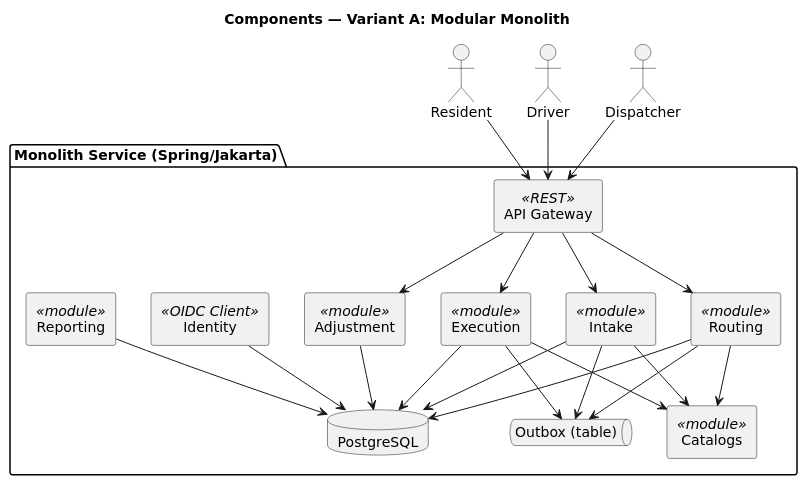
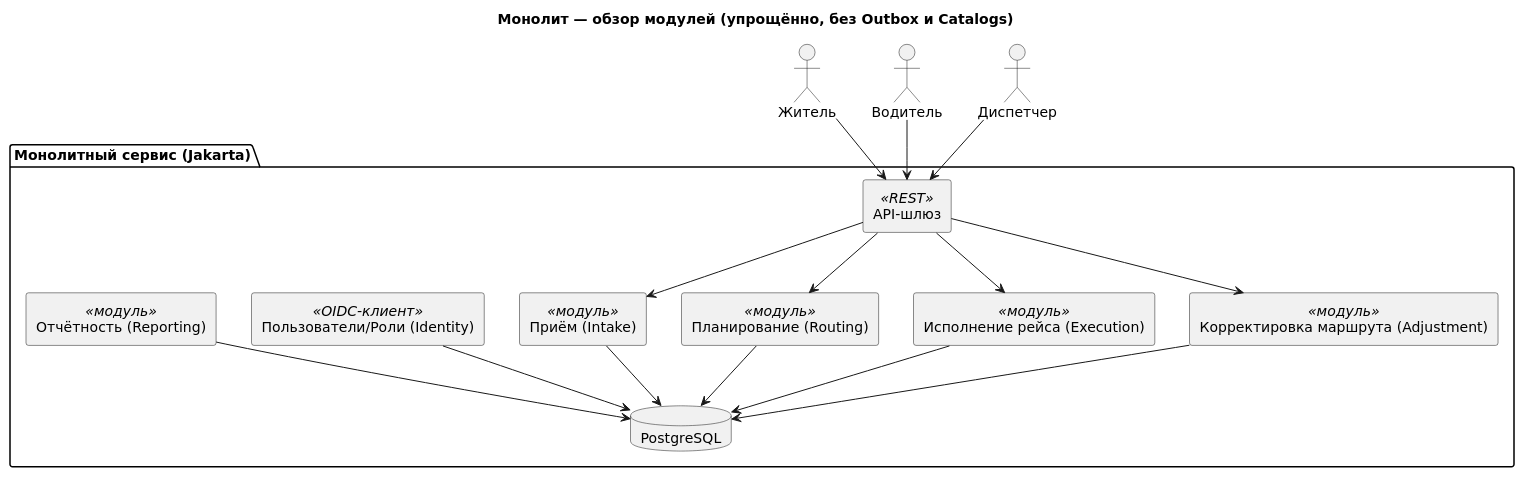
The diagram in docs/uml/arcitecture.puml (r4m63/Waste-Management), drawn with PlantUML before and after one commit. The commit also changed 1 other file, not shown here.

```diff
--- a/docs/uml/arcitecture.puml
+++ b/docs/uml/arcitecture.puml
@@ -1,44 +1,36 @@
 @startuml
-title Components — Variant A: Modular Monolith
+title Монолит — обзор модулей (упрощённо, без Outbox и Catalogs)
 skinparam componentStyle rectangle
 skinparam defaultFontName "DejaVu Sans"
 
-actor Resident
-actor Driver
-actor Dispatcher
+actor "Житель" as Resident
+actor "Водитель" as Driver
+actor "Диспетчер" as Dispatcher
 
-package "Monolith Service (Spring/Jakarta)" {
-  [API Gateway] <<REST>>
-  [Intake] <<module>>
-  [Routing] <<module>>
-  [Execution] <<module>>
-  [Adjustment] <<module>>
-  [Catalogs] <<module>>
-  [Identity] <<OIDC Client>>
-  [Reporting] <<module>>
+package "Монолитный сервис (Jakarta)" {
+  [API-шлюз] <<REST>>
+  [Приём (Intake)] <<модуль>>
+  [Планирование (Routing)] <<модуль>>
+  [Исполнение рейса (Execution)] <<модуль>>
+  [Корректировка маршрута (Adjustment)] <<модуль>>
+  [Пользователи/Роли (Identity)] <<OIDC-клиент>>
+  [Отчётность (Reporting)] <<модуль>>
   database "PostgreSQL" as PG
-  queue "Outbox (table)" as OUTBOX
 }
 
-Resident --> [API Gateway]
-Driver --> [API Gateway]
-Dispatcher --> [API Gateway]
+Resident --> [API-шлюз]
+Driver   --> [API-шлюз]
+Dispatcher --> [API-шлюз]
 
-[API Gateway] --> [Intake]
-[API Gateway] --> [Routing]
-[API Gateway] --> [Execution]
-[API Gateway] --> [Adjustment]
-[Intake] --> [Catalogs]
-[Routing] --> [Catalogs]
-[Execution] --> [Catalogs]
+[API-шлюз] --> [Приём (Intake)]
+[API-шлюз] --> [Планирование (Routing)]
+[API-шлюз] --> [Исполнение рейса (Execution)]
+[API-шлюз] --> [Корректировка маршрута (Adjustment)]
 
-[Intake] --> PG
-[Routing] --> PG
-[Execution] --> PG
-[Adjustment] --> PG
-[Reporting] --> PG
-[Identity] --> PG
-[Intake] --> OUTBOX
-[Routing] --> OUTBOX
-[Execution] --> OUTBOX
+[Приём (Intake)] --> PG
+[Планирование (Routing)] --> PG
+[Исполнение рейса (Execution)] --> PG
+[Корректировка маршрута (Adjustment)] --> PG
+[Отчётность (Reporting)] --> PG
+[Пользователи/Роли (Identity)] --> PG
 @enduml
```
